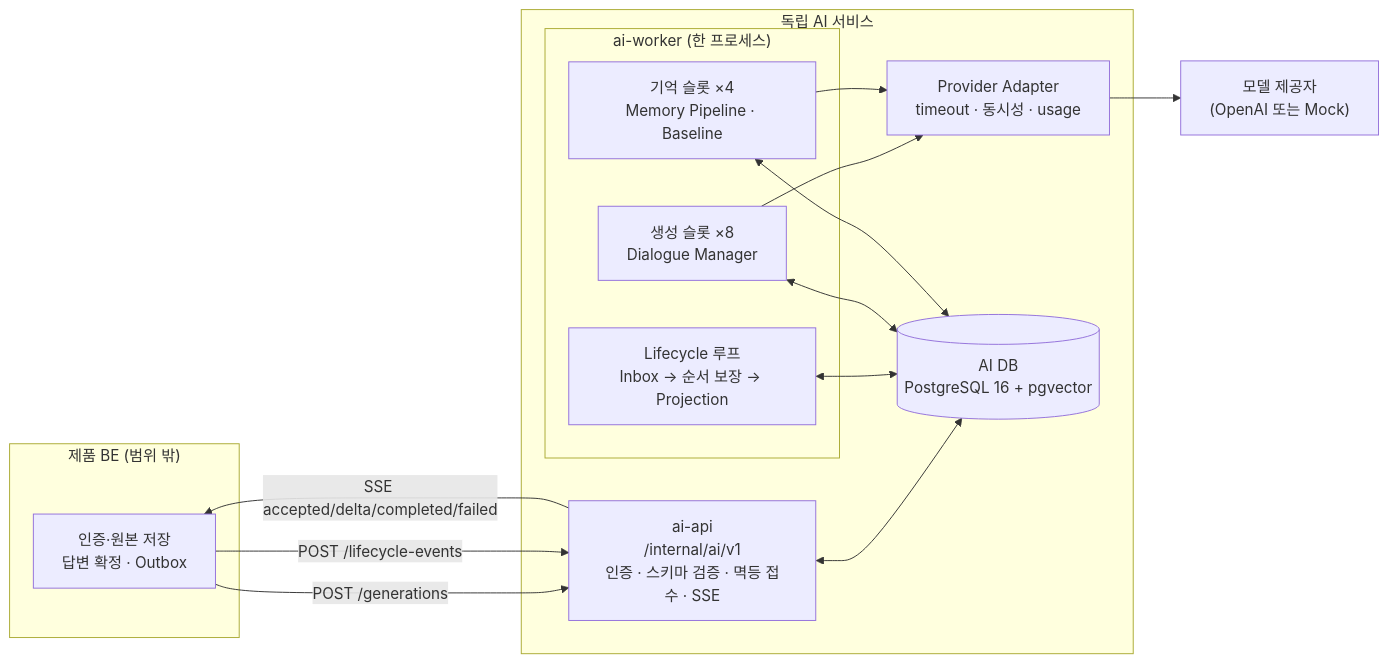
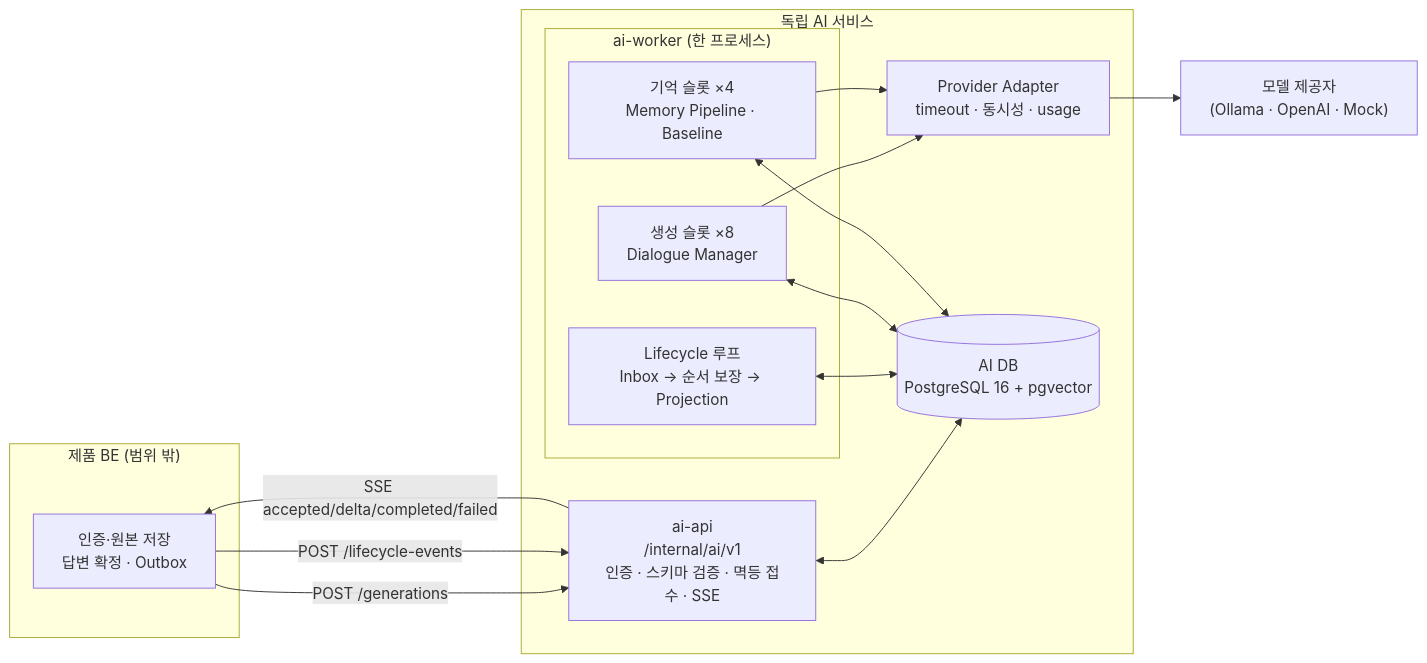
The first of 4 diagrams in README.md (Team-CDBD/character-chat-ai), drawn with Mermaid before and after one commit. The commit also changed other lines of this file and 8 other files, not shown here.

Commit message:
Default to local Gemma 4 12B with switchable Ollama, OpenAI and mock providers

````diff
--- a/README.md
+++ b/README.md
@@ -43,30 +43,30 @@
 ```mermaid
 flowchart LR
     subgraph BE["제품 BE (범위 밖)"]
         BEAPI["인증·원본 저장<br/>답변 확정 · Outbox"]
     end
 
     subgraph AI["독립 AI 서비스"]
         API["ai-api<br/>/internal/ai/v1<br/>인증 · 스키마 검증 · 멱등 접수 · SSE"]
         subgraph W["ai-worker (한 프로세스)"]
             LC["Lifecycle 루프<br/>Inbox → 순서 보장 → Projection"]
             GEN["생성 슬롯 ×8<br/>Dialogue Manager"]
             MEM["기억 슬롯 ×4<br/>Memory Pipeline · Baseline"]
         end
         PA["Provider Adapter<br/>timeout · 동시성 · usage"]
         DB[("AI DB<br/>PostgreSQL 16 + pgvector")]
     end
 
-    MP["모델 제공자<br/>(OpenAI 또는 Mock)"]
+    MP["모델 제공자<br/>(Ollama · OpenAI · Mock)"]
 
     BEAPI -- "POST /generations" --> API
     BEAPI -- "POST /lifecycle-events" --> API
     API -- "SSE accepted/delta/completed/failed" --> BEAPI
     API <--> DB
     LC <--> DB
     GEN <--> DB
     MEM <--> DB
     GEN --> PA
     MEM --> PA
     PA --> MP
 ```
````
